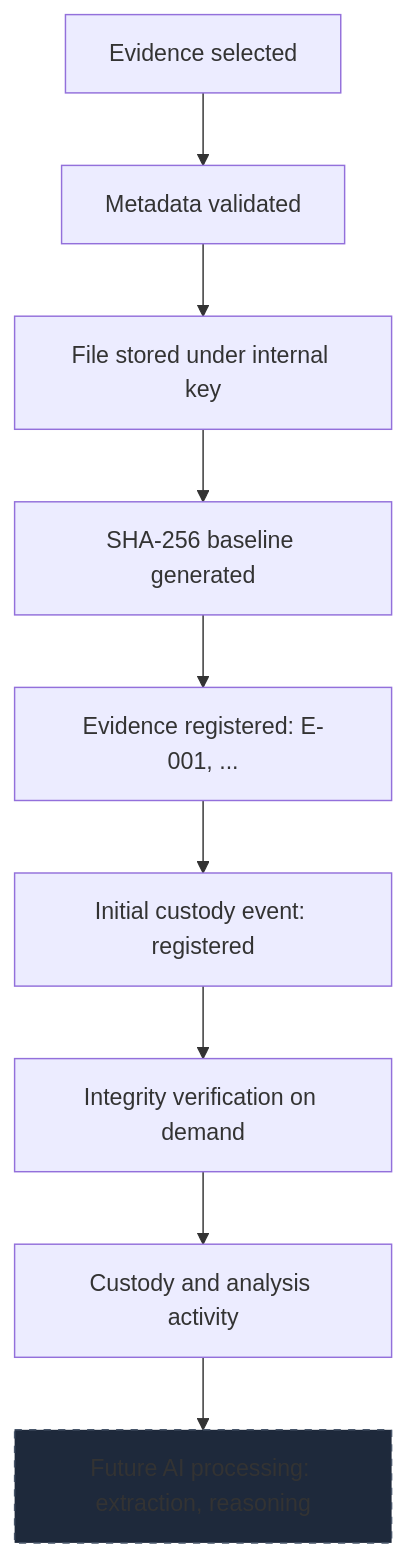
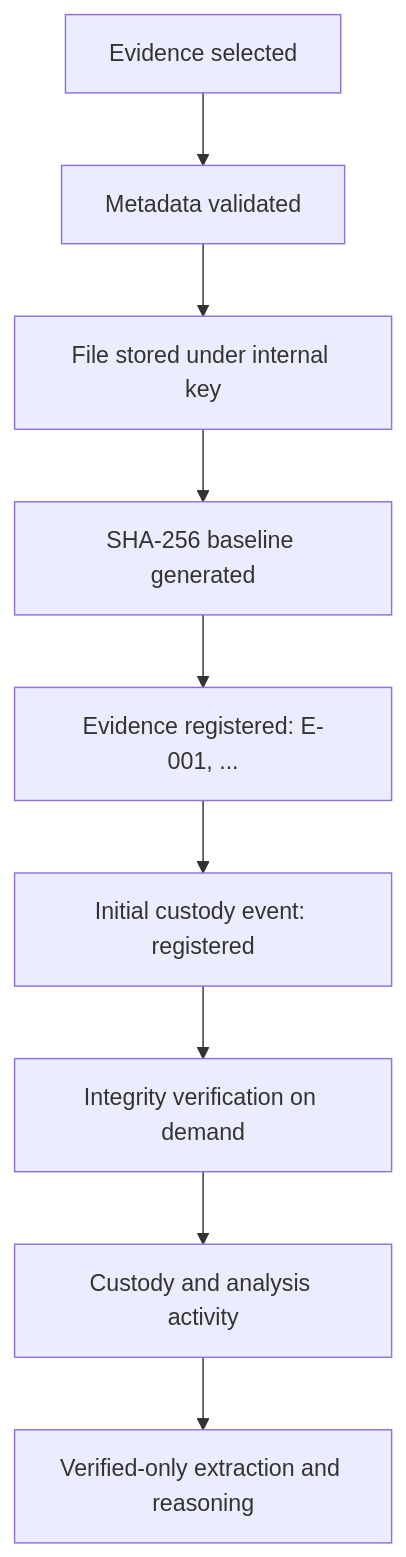
Before and after one commit to shikhar-sahay/provena: the diagram in docs/evidence-integrity.md, drawn with Mermaid. The commit also changed other lines of this file and 6 other files, not shown here.

````diff
--- a/docs/evidence-integrity.md
+++ b/docs/evidence-integrity.md
@@ -21,12 +21,11 @@
 ```mermaid
 flowchart TB
     Select[Evidence selected] --> Validate[Metadata validated]
     Validate --> Store[File stored under internal key]
     Store --> Hash[SHA-256 baseline generated]
     Hash --> Register[Evidence registered: E-001, ...]
     Register --> Custody0[Initial custody event: registered]
     Custody0 --> Verify[Integrity verification on demand]
     Verify --> Activity[Custody and analysis activity]
-    Activity --> AI[Future AI processing: extraction, reasoning]
-    style AI fill:#1e293b,stroke:#475569,stroke-dasharray: 5 5
+    Activity --> AI[Verified-only extraction and reasoning]
 ```
````
